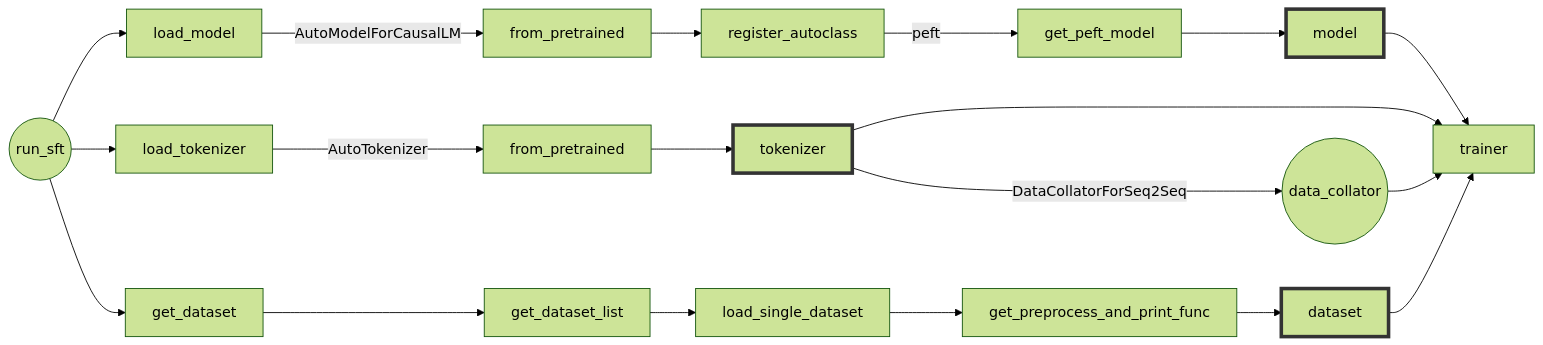
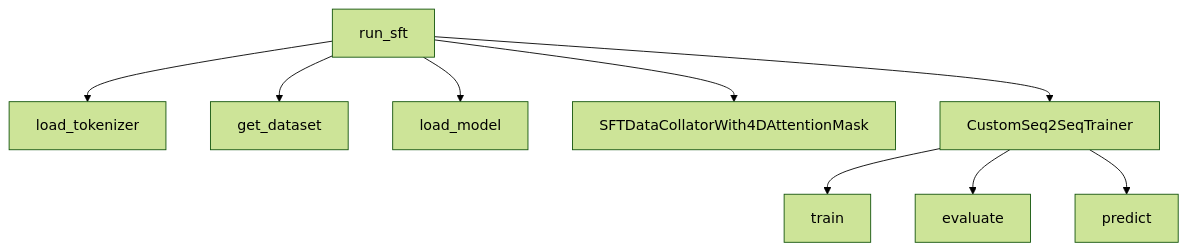
The diagram in 0学习笔记/源码解读-LlamaFactory.md (wangwenju269/work_space), drawn with Mermaid (forest theme) before and after one commit. The commit also changed other lines of this file, not shown here.

```diff
--- a/0学习笔记/源码解读-LlamaFactory.md
+++ b/0学习笔记/源码解读-LlamaFactory.md
@@ -93,25 +46,11 @@
 ~~~mermaid
-graph LR
-  
-    a((run_sft)) --> b[load_tokenizer]
-    a --> c[get_dataset]
-    a --> d[load_model]
-    c --> c_1[get_dataset_list]
-    c_1 --> c_2[load_single_dataset]
-    c_2 --> c_3[get_preprocess_and_print_func]
-    d  -->|AutoModelForCausalLM| d_1[from_pretrained]
-    d_1 --> d_2[register_autoclass]
-    d_2 --> |peft| d_3[get_peft_model]
-    b -->|AutoTokenizer| b_1[from_pretrained]
-    d_3 --> model
-    style model stroke:#333,stroke-width:4px;
-    b_1 --> tokenizer
-    style tokenizer stroke:#333,stroke-width:4px;
-    c_3 --> dataset
-    style dataset stroke:#333,stroke-width:4px;
-    tokenizer --->|DataCollatorForSeq2Seq| x((data_collator))
-    model -->  trainer
-    tokenizer -->  trainer
-    x -->  trainer
-    dataset  -->  trainer
+graph TD
+    A[run_sft] --> B[load_tokenizer]
+    A --> C[get_dataset]
+    A --> D[load_model]
+    A --> E[SFTDataCollatorWith4DAttentionMask]
+    A --> H[CustomSeq2SeqTrainer]
+    H --> J[train]
+    H --> K[evaluate]
+    H --> L[predict]
 ~~~
```
